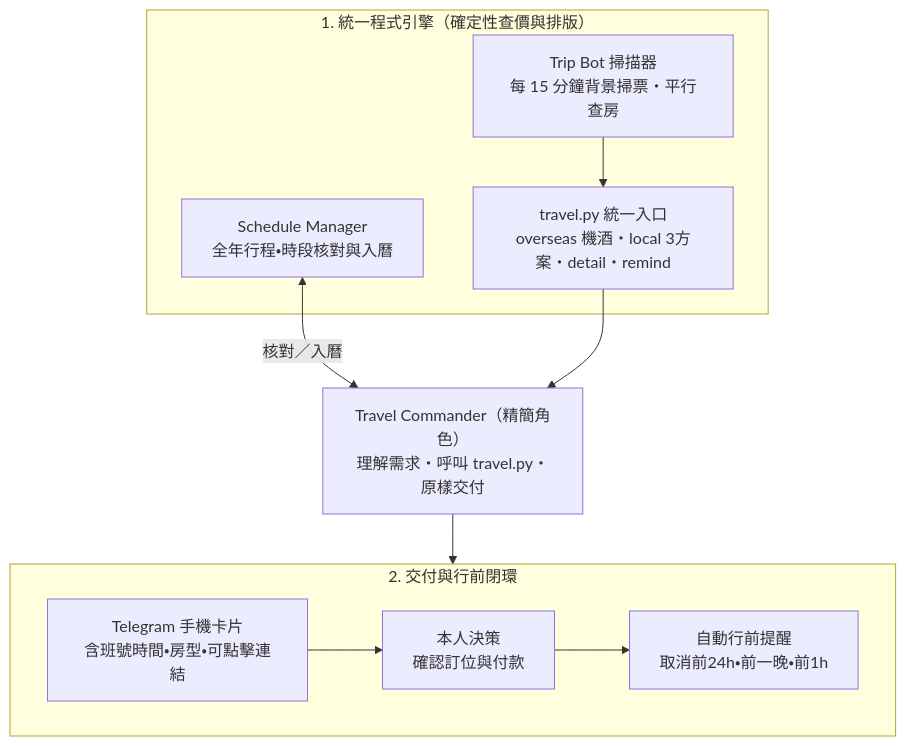
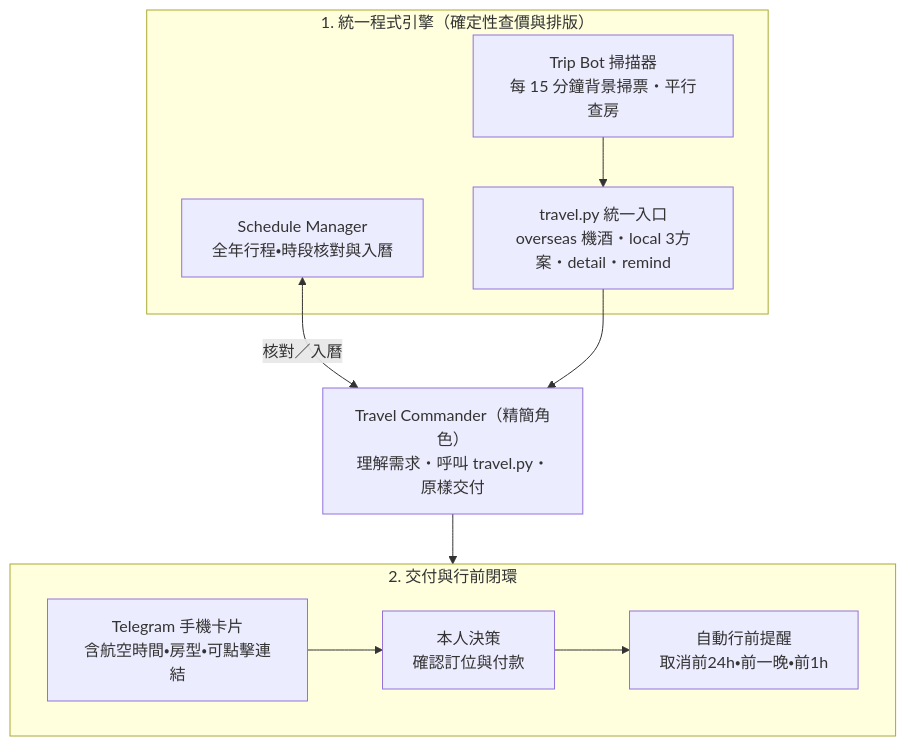
The diagram in README.md (baka2496/hermes-travel-workflow), drawn with Mermaid before and after one commit. The commit also changed other lines of this file and 10 other files, not shown here.

````diff
--- a/README.md
+++ b/README.md
@@ -5,20 +5,20 @@
 ```mermaid
 flowchart TB
     subgraph S1["1. 統一程式引擎（確定性查價與排版）"]
         engine["travel.py 統一入口<br/>overseas 機酒・local 3方案・detail・remind"]
         scanner["Trip Bot 掃描器<br/>每 15 分鐘背景掃票・平行查房"]
         sched["Schedule Manager<br/>全年行程・時段核對與入曆"]
     end
 
     cmd["Travel Commander（精簡角色）<br/>理解需求・呼叫 travel.py・原樣交付"]
 
     subgraph S2["2. 交付與行前閉環"]
         direction LR
-        out["Telegram 手機卡片<br/>含班號時間・房型・可點擊連結"] --> owner["本人決策<br/>確認訂位與付款"] --> remind["自動行前提醒<br/>取消前24h・前一晚・前1h"]
+        out["Telegram 手機卡片<br/>含航空時間・房型・可點擊連結"] --> owner["本人決策<br/>確認訂位與付款"] --> remind["自動行前提醒<br/>取消前24h・前一晚・前1h"]
     end
 
     scanner --> engine
     sched <-->|"核對／入曆"| cmd
     engine --> cmd
     cmd --> S2
 ```
````
